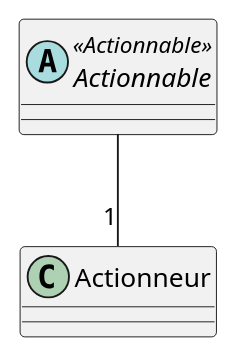
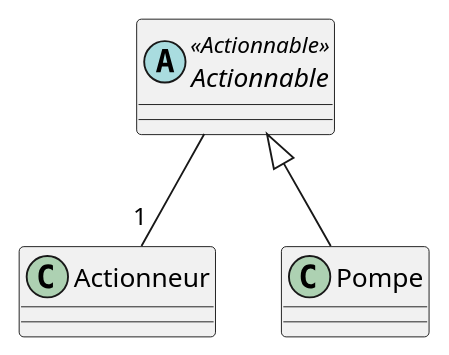
Before and after one commit to beerfactory/brewbox-uml: the diagram in actionnable.iuml, drawn with PlantUML. The commit also changed 5 other files, not shown here.

```diff
--- a/actionnable.iuml
+++ b/actionnable.iuml
@@ -1,5 +1,6 @@
 abstract class Actionnable <<Actionnable>> {
 	
 }
 
 Actionnable -- "1" Actionneur
+Actionnable <|-- Pompe
```
